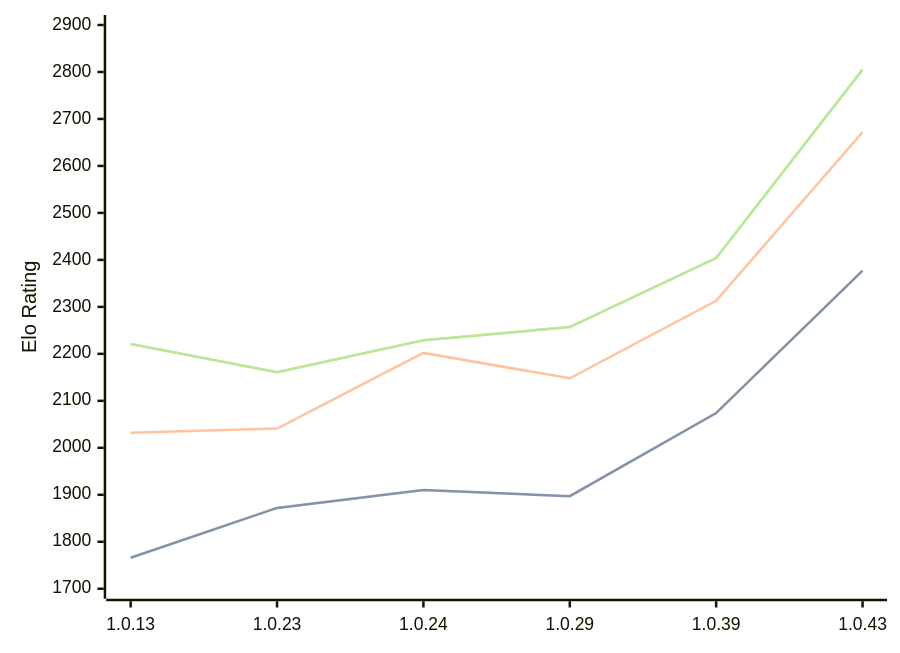
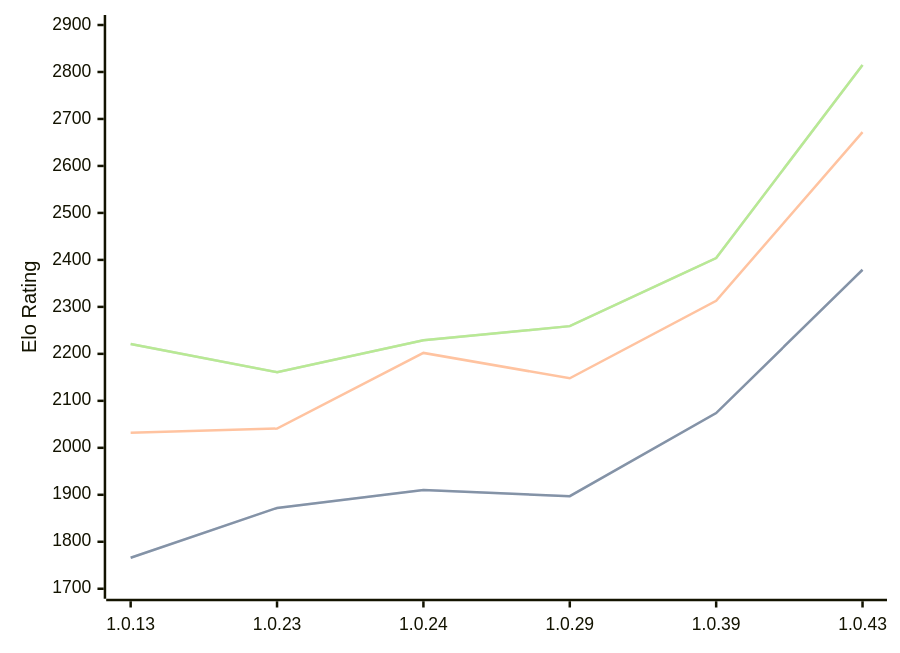
One commit to computer-chess-index/cci changed the third of 3 diagrams in engines/RustyRival.md. Above: the diagram before and after it, drawn with Mermaid. The commit also changed other lines of this file, not shown here.

Commit message:
Update CCI Ratings (ELO VLTC) - 2026-07-04

````diff
--- a/engines/RustyRival.md
+++ b/engines/RustyRival.md
@@ -101,11 +101,11 @@
 ```mermaid
 %%{init: {"theme":"base","themeVariables":{"seriesColors:['#a3a3a3','#222221','#faa371']}}}%%
 xychart-beta
   x-axis ["1.0.13", "1.0.23", "1.0.24", "1.0.29", "1.0.39", "1.0.43"]
   y-axis "Elo Rating" 1700 --> 2900
-  line "STC (8.0+0.08s)" [1766, 1872, 1910, 1897, 2074, 2377]
-  line "STC (8.0+0.08s)" [1766, 1872, 1910, 1897, 2074, 2377]
+  line "STC (8.0+0.08s)" [1766, 1872, 1910, 1897, 2074, 2379]
+  line "STC (8.0+0.08s)" [1766, 1872, 1910, 1897, 2074, 2379]
   line "LTC (60.0+0.60s)" [2032, 2041, 2202, 2148, 2313, 2672]
-  line "VLTC (2m24s+1.12s)" [2221, 2161, 2229, 2257, 2404, 2805]
-  line "VLTC (2m24s+1.12s)" [2221, 2161, 2229, 2257, 2404, 2805]
+  line "VLTC (2m24s+1.12s)" [2221, 2161, 2229, 2259, 2404, 2815]
+  line "VLTC (2m24s+1.12s)" [2221, 2161, 2229, 2259, 2404, 2815]
 ```
````
